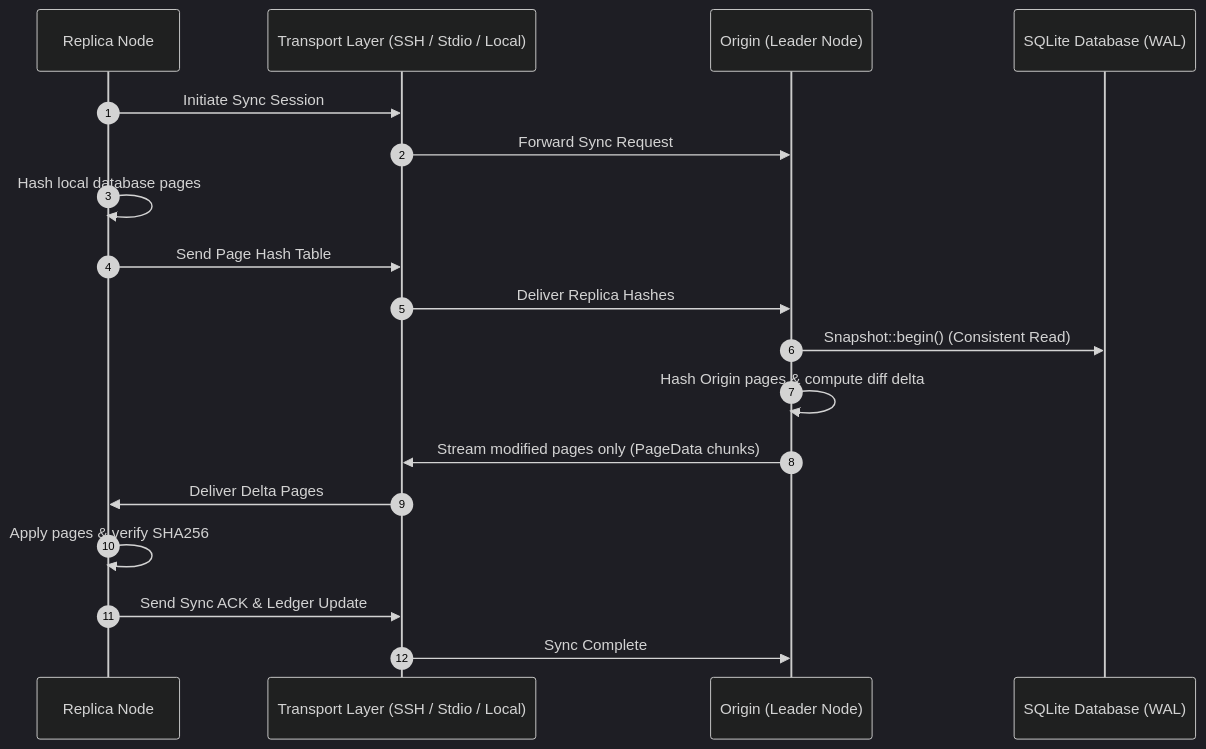
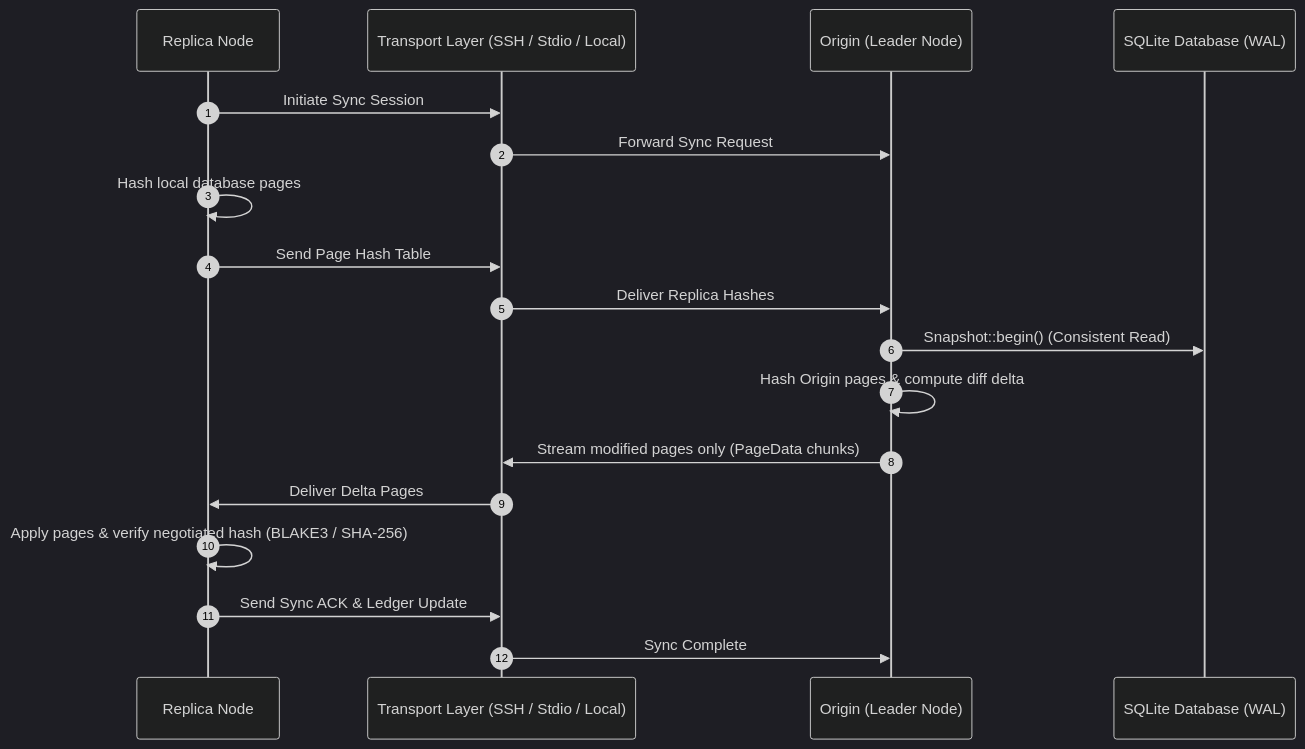
The third of 11 diagrams in docs/architecture-diagrams.md (sria91/rsqlite-rsync), drawn with Mermaid (dark theme) before and after one commit. The commit also changed other lines of this file, not shown here.

First line of the commit message:
docs: address PR review feedback on architecture diagrams

````diff
--- a/docs/architecture-diagrams.md
+++ b/docs/architecture-diagrams.md
@@ -43,25 +44,25 @@
 ```mermaid
 sequenceDiagram
     autonumber
     participant Replica as Replica Node
     participant Transport as Transport Layer (SSH / Stdio / Local)
     participant Origin as Origin (Leader Node)
     participant SQLite as SQLite Database (WAL)
 
     Replica->>Transport: Initiate Sync Session
     Transport->>Origin: Forward Sync Request
     
     Replica->>Replica: Hash local database pages
     Replica->>Transport: Send Page Hash Table
     Transport->>Origin: Deliver Replica Hashes
 
     Origin->>SQLite: Snapshot::begin() (Consistent Read)
     Origin->>Origin: Hash Origin pages & compute diff delta
     
     Origin->>Transport: Stream modified pages only (PageData chunks)
     Transport->>Replica: Deliver Delta Pages
     
-    Replica->>Replica: Apply pages & verify SHA256
+    Replica->>Replica: Apply pages & verify negotiated hash (BLAKE3 / SHA-256)
     Replica->>Transport: Send Sync ACK & Ledger Update
     Transport->>Origin: Sync Complete
 ```
````
